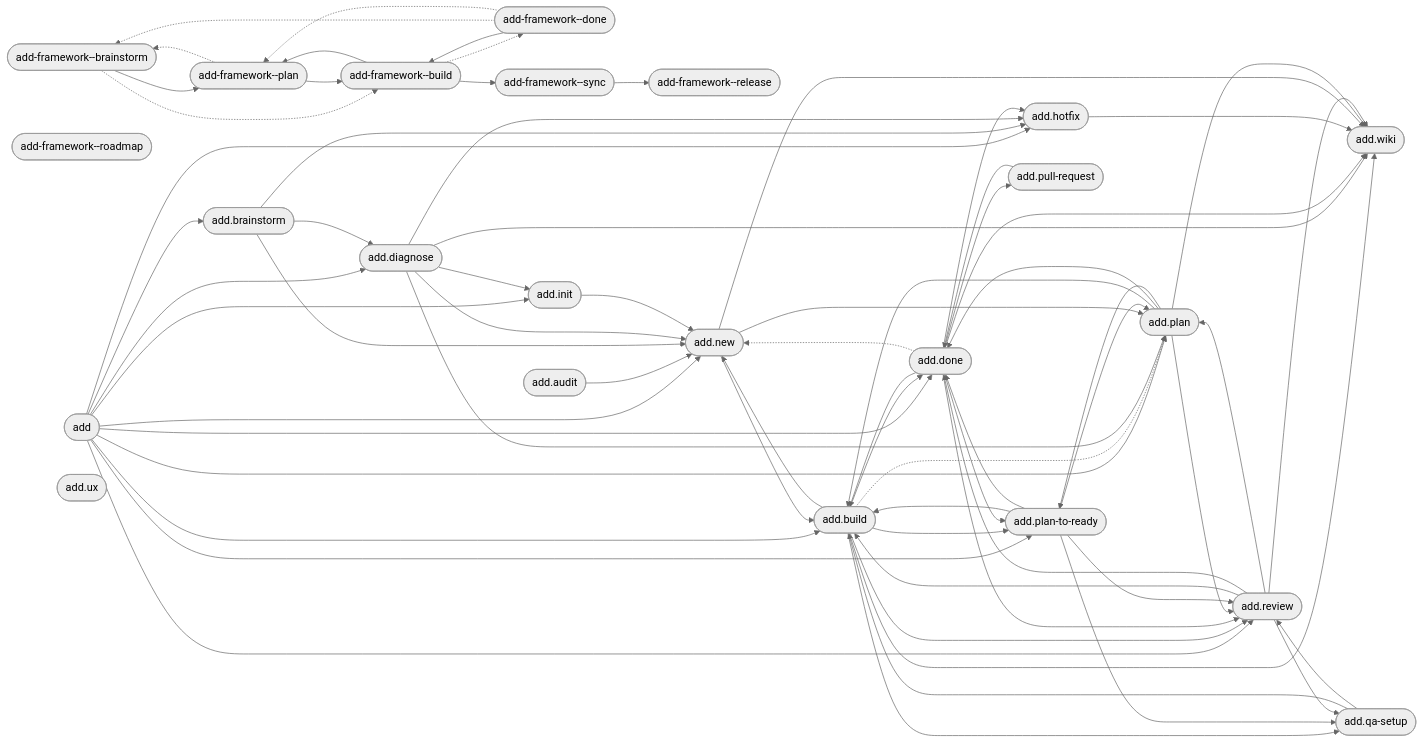
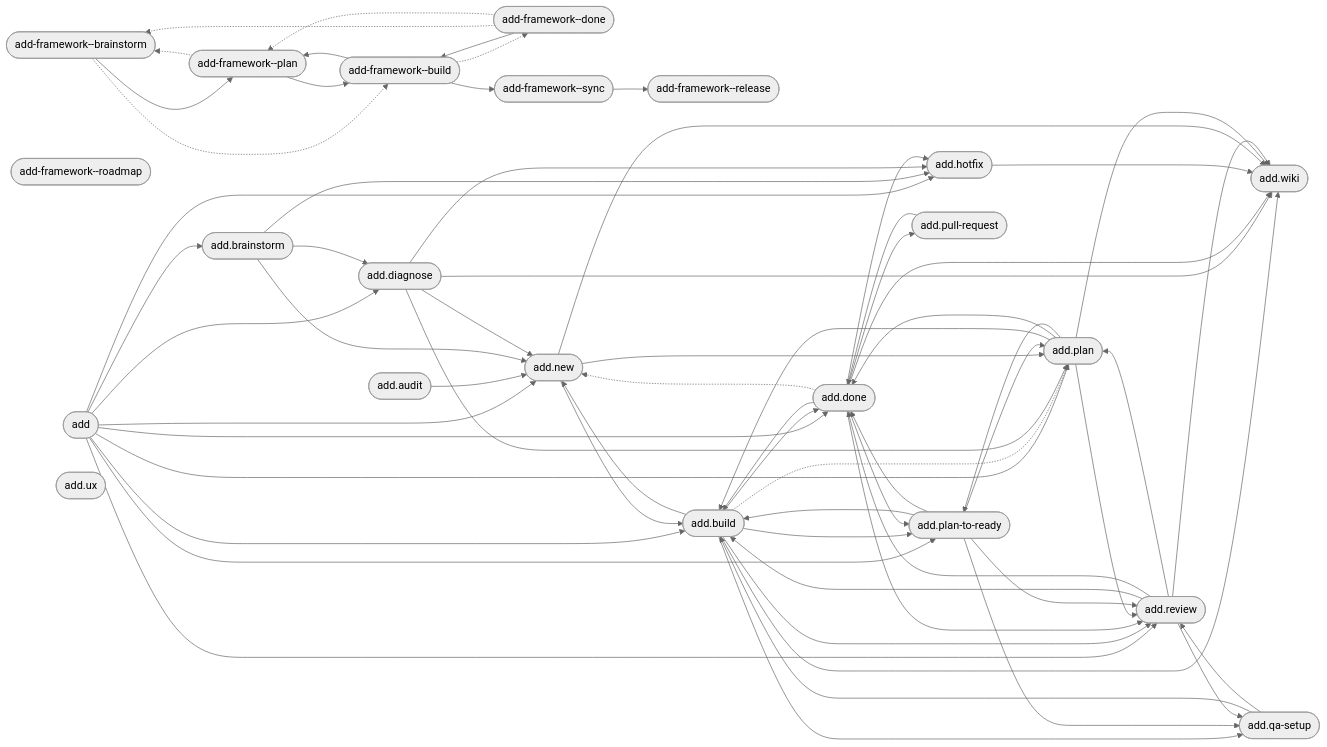
One commit to brabos-ai/code-addiction changed the diagram in web/public/artefact-graph.mmd. Above: the diagram before and after it, drawn with Mermaid (neutral theme). The commit also changed 53 other files, not shown here.

```diff
--- a/web/public/artefact-graph.mmd
+++ b/web/public/artefact-graph.mmd
@@ -1,91 +1,87 @@
 flowchart LR
     n_internal_command_add_framework__brainstorm(["add-framework--brainstorm"])
     n_internal_command_add_framework__build(["add-framework--build"])
     n_internal_command_add_framework__done(["add-framework--done"])
     n_internal_command_add_framework__plan(["add-framework--plan"])
     n_internal_command_add_framework__release(["add-framework--release"])
     n_internal_command_add_framework__roadmap(["add-framework--roadmap"])
     n_internal_command_add_framework__sync(["add-framework--sync"])
     n_product_command_add(["add"])
     n_product_command_add_audit(["add.audit"])
     n_product_command_add_brainstorm(["add.brainstorm"])
     n_product_command_add_build(["add.build"])
     n_product_command_add_diagnose(["add.diagnose"])
     n_product_command_add_done(["add.done"])
     n_product_command_add_hotfix(["add.hotfix"])
-    n_product_command_add_init(["add.init"])
     n_product_command_add_new(["add.new"])
     n_product_command_add_plan(["add.plan"])
     n_product_command_add_plan_to_ready(["add.plan-to-ready"])
     n_product_command_add_pull_request(["add.pull-request"])
     n_product_command_add_qa_setup(["add.qa-setup"])
     n_product_command_add_review(["add.review"])
     n_product_command_add_ux(["add.ux"])
     n_product_command_add_wiki(["add.wiki"])
     n_internal_command_add_framework__brainstorm --> n_internal_command_add_framework__plan
     n_internal_command_add_framework__brainstorm -.-> n_internal_command_add_framework__build
     n_internal_command_add_framework__build --> n_internal_command_add_framework__plan
     n_internal_command_add_framework__build --> n_internal_command_add_framework__sync
     n_internal_command_add_framework__build -.-> n_internal_command_add_framework__done
     n_internal_command_add_framework__done --> n_internal_command_add_framework__build
     n_internal_command_add_framework__done -.-> n_internal_command_add_framework__brainstorm
     n_internal_command_add_framework__done -.-> n_internal_command_add_framework__plan
     n_internal_command_add_framework__plan --> n_internal_command_add_framework__build
     n_internal_command_add_framework__plan -.-> n_internal_command_add_framework__brainstorm
     n_internal_command_add_framework__sync --> n_internal_command_add_framework__release
     n_product_command_add --> n_product_command_add_brainstorm
     n_product_command_add --> n_product_command_add_build
     n_product_command_add --> n_product_command_add_diagnose
     n_product_command_add --> n_product_command_add_done
     n_product_command_add --> n_product_command_add_hotfix
-    n_product_command_add --> n_product_command_add_init
     n_product_command_add --> n_product_command_add_new
     n_product_command_add --> n_product_command_add_plan
     n_product_command_add --> n_product_command_add_plan_to_ready
     n_product_command_add --> n_product_command_add_review
     n_product_command_add_audit --> n_product_command_add_new
     n_product_command_add_brainstorm --> n_product_command_add_diagnose
     n_product_command_add_brainstorm --> n_product_command_add_hotfix
     n_product_command_add_brainstorm --> n_product_command_add_new
     n_product_command_add_build --> n_product_command_add_done
     n_product_command_add_build --> n_product_command_add_new
     n_product_command_add_build --> n_product_command_add_plan_to_ready
     n_product_command_add_build --> n_product_command_add_qa_setup
     n_product_command_add_build --> n_product_command_add_review
     n_product_command_add_build --> n_product_command_add_wiki
     n_product_command_add_build -.-> n_product_command_add_plan
     n_product_command_add_diagnose --> n_product_command_add_hotfix
-    n_product_command_add_diagnose --> n_product_command_add_init
     n_product_command_add_diagnose --> n_product_command_add_new
     n_product_command_add_diagnose --> n_product_command_add_plan
     n_product_command_add_diagnose --> n_product_command_add_wiki
     n_product_command_add_done --> n_product_command_add_build
     n_product_command_add_done --> n_product_command_add_hotfix
     n_product_command_add_done --> n_product_command_add_plan_to_ready
     n_product_command_add_done --> n_product_command_add_pull_request
     n_product_command_add_done --> n_product_command_add_review
     n_product_command_add_done --> n_product_command_add_wiki
     n_product_command_add_done -.-> n_product_command_add_new
     n_product_command_add_hotfix --> n_product_command_add_wiki
-    n_product_command_add_init --> n_product_command_add_new
     n_product_command_add_new --> n_product_command_add_build
     n_product_command_add_new --> n_product_command_add_plan
     n_product_command_add_new --> n_product_command_add_wiki
     n_product_command_add_plan --> n_product_command_add_build
     n_product_command_add_plan --> n_product_command_add_done
     n_product_command_add_plan --> n_product_command_add_plan_to_ready
     n_product_command_add_plan --> n_product_command_add_review
     n_product_command_add_plan --> n_product_command_add_wiki
     n_product_command_add_plan_to_ready --> n_product_command_add_build
     n_product_command_add_plan_to_ready --> n_product_command_add_done
     n_product_command_add_plan_to_ready --> n_product_command_add_plan
     n_product_command_add_plan_to_ready --> n_product_command_add_qa_setup
     n_product_command_add_plan_to_ready --> n_product_command_add_review
     n_product_command_add_pull_request --> n_product_command_add_done
     n_product_command_add_qa_setup --> n_product_command_add_build
     n_product_command_add_qa_setup --> n_product_command_add_review
     n_product_command_add_review --> n_product_command_add_build
     n_product_command_add_review --> n_product_command_add_done
     n_product_command_add_review --> n_product_command_add_plan
     n_product_command_add_review --> n_product_command_add_qa_setup
     n_product_command_add_review --> n_product_command_add_wiki
```
